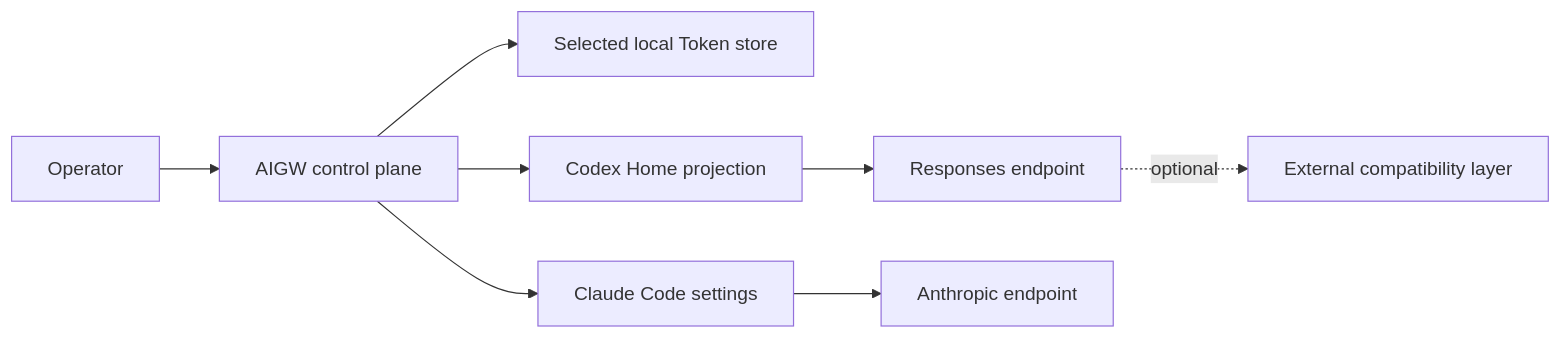
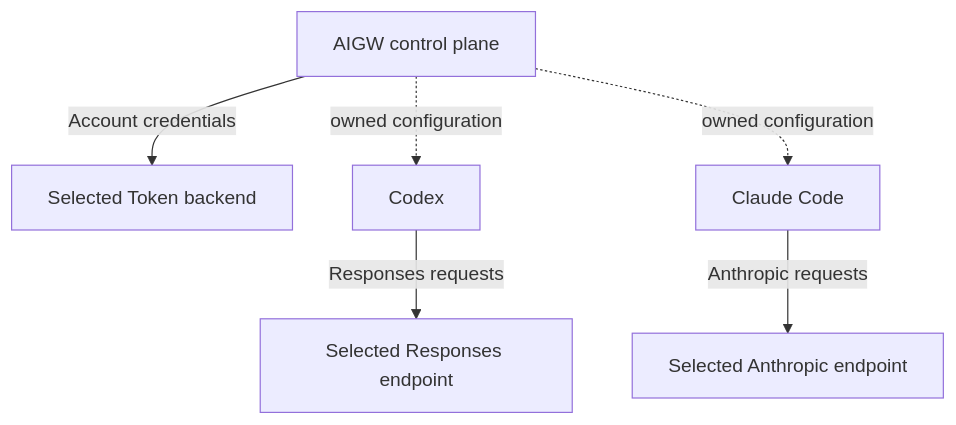
The first of 3 diagrams in docs/architecture/authority-and-projection-boundary.md (HengYangDS/aigw-cli), drawn with Mermaid before and after one commit. The commit also changed other lines of this file and 526 other files, not shown here.

````diff
--- a/docs/architecture/authority-and-projection-boundary.md
+++ b/docs/architecture/authority-and-projection-boundary.md
@@ -29,10 +29,10 @@
 ```mermaid
-flowchart LR
-    O["Operator"] --> A["AIGW control plane"]
-    A --> K["Selected local Token store"]
-    A --> C["Codex Home projection"]
-    A --> L["Claude Code settings"]
-    C --> R["Responses endpoint"]
-    L --> H["Anthropic endpoint"]
-    R -. optional .-> P["External compatibility layer"]
+flowchart TB
+    accTitle: Configuration ownership is separate from model traffic
+    accDescr: AIGW manages configuration and Account credentials. Native clients call their selected endpoints; an optional gateway is an endpoint choice, not a service owned by AIGW.
+    A["AIGW control plane"] -->|Account credentials| K["Selected Token backend"]
+    A -. owned configuration .-> C["Codex"]
+    A -. owned configuration .-> L["Claude Code"]
+    C -->|Responses requests| R["Selected Responses endpoint"]
+    L -->|Anthropic requests| H["Selected Anthropic endpoint"]
 ```
````
